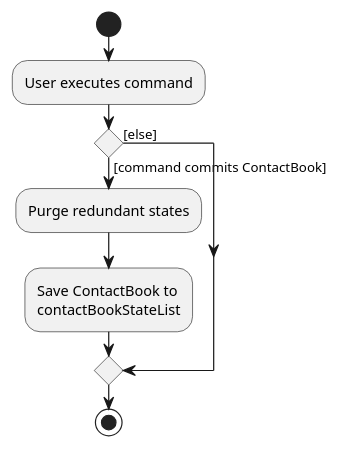
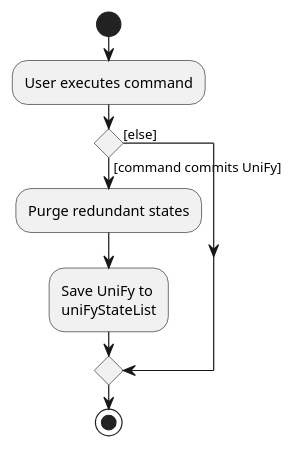
One commit to nus-cs2103-AY2122S1/tp changed the diagram in docs/diagrams/CommitActivityDiagram.puml. Above: the diagram before and after it, drawn with PlantUML. The commit also changed 1 other file, not shown here.

Commit message:
Change CommitActivityDiagram

```diff
--- a/docs/diagrams/CommitActivityDiagram.puml
+++ b/docs/diagrams/CommitActivityDiagram.puml
@@ -1,15 +1,15 @@
 @startuml
 start
 :User executes command;
 
 'Since the beta syntax does not support placing the condition outside the
 'diamond we place it as the true branch instead.
 
-if () then ([command commits ContactBook])
+if () then ([command commits UniFy])
     :Purge redundant states;
-    :Save ContactBook to
-    contactBookStateList;
+    :Save UniFy to
+    uniFyStateList;
 else ([else])
 endif
 stop
 @enduml
```
